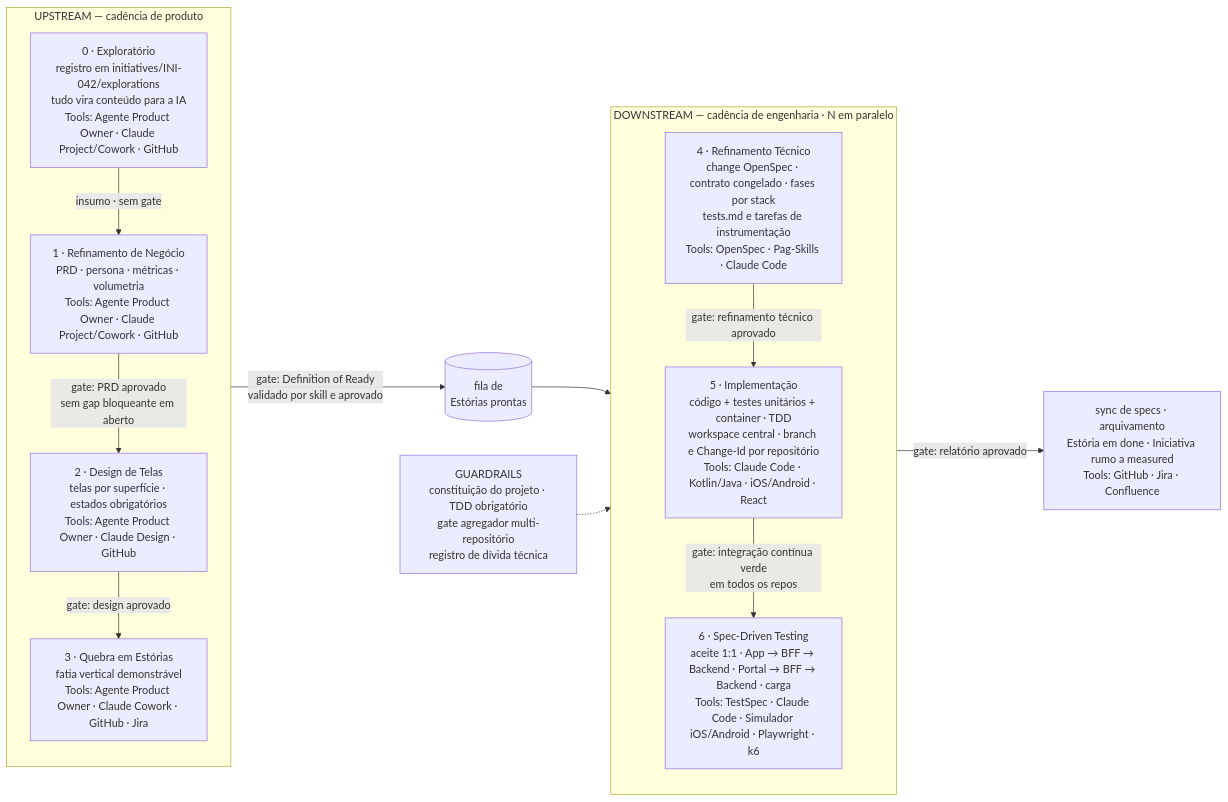
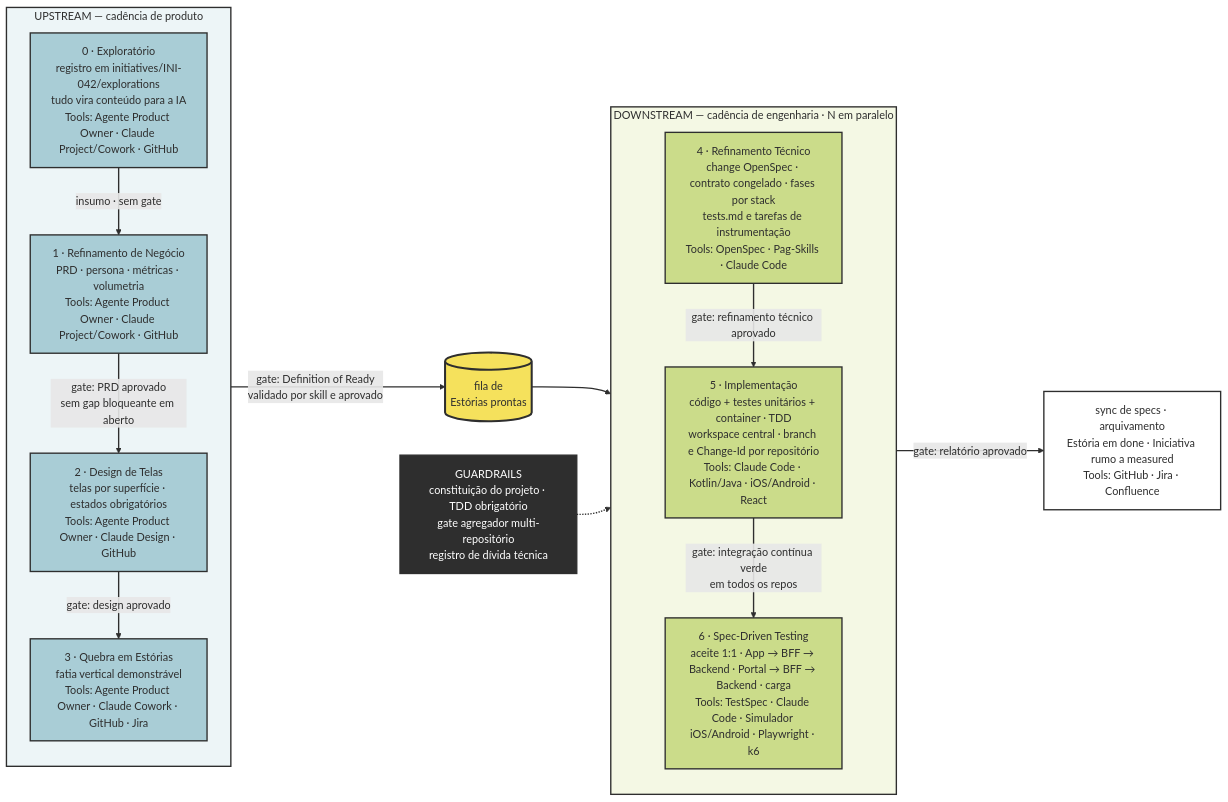
Before and after one commit to diegolirio/workflow-ai-first: the first of 5 diagrams in workflow.md, drawn with Mermaid.

````diff
--- a/workflow.md
+++ b/workflow.md
@@ -33,33 +33,49 @@
 ```mermaid
 flowchart LR
+    classDef up fill:#A9CDD6,stroke:#2E2E2E,stroke-width:2px,color:#2E2E2E
+    classDef down fill:#CBDC8A,stroke:#2E2E2E,stroke-width:2px,color:#2E2E2E
+    classDef queue fill:#F5E15C,stroke:#2E2E2E,stroke-width:3px,color:#2E2E2E
+    classDef guard fill:#2E2E2E,stroke:#2E2E2E,stroke-width:2px,color:#FFFFFF
+    classDef done fill:#FFFFFF,stroke:#2E2E2E,stroke-width:2px,color:#2E2E2E
+
     subgraph UP["UPSTREAM — cadência de produto"]
         direction TB
         EX["0 · Exploratório<br/>registro em initiatives/INI-042/explorations<br/>tudo vira conteúdo para a IA<br/>Tools: Agente Product Owner · Claude Project/Cowork · GitHub"]
         RN["1 · Refinamento de Negócio<br/>PRD · persona · métricas · volumetria<br/>Tools: Agente Product Owner · Claude Project/Cowork · GitHub"]
         TL["2 · Design de Telas<br/>telas por superfície · estados obrigatórios<br/>Tools: Agente Product Owner · Claude Design · GitHub"]
         QE["3 · Quebra em Estórias<br/>fatia vertical demonstrável<br/>Tools: Agente Product Owner · Claude Cowork · GitHub · Jira"]
         EX -->|"insumo · sem gate"| RN
         RN -->|"gate: PRD aprovado<br/>sem gap bloqueante em aberto"| TL
         TL -->|"gate: design aprovado"| QE
     end
 
     FILA[("fila de<br/>Estórias prontas")]
 
     subgraph DOWN["DOWNSTREAM — cadência de engenharia · N em paralelo"]
         direction TB
         RT["4 · Refinamento Técnico<br/>change OpenSpec · contrato congelado · fases por stack<br/>tests.md e tarefas de instrumentação<br/>Tools: OpenSpec · Pag-Skills · Claude Code"]
         IMPL["5 · Implementação<br/>código + testes unitários + container · TDD<br/>workspace central · branch e Change-Id por repositório<br/>Tools: Claude Code · Kotlin/Java · iOS/Android · React"]
         TEST["6 · Spec-Driven Testing<br/>aceite 1:1 · App → BFF → Backend · Portal → BFF → Backend · carga<br/>Tools: TestSpec · Claude Code · Simulador iOS/Android · Playwright · k6"]
         RT -->|"gate: refinamento técnico aprovado"| IMPL
         IMPL -->|"gate: integração contínua verde<br/>em todos os repos"| TEST
     end
 
     GR["GUARDRAILS<br/>constituição do projeto · TDD obrigatório<br/>gate agregador multi-repositório<br/>registro de dívida técnica"]
 
     FIM["sync de specs · arquivamento<br/>Estória em done · Iniciativa rumo a measured<br/>Tools: GitHub · Jira · Confluence"]
 
     QE -->|"gate: Definition of Ready<br/>validado por skill e aprovado"| FILA
     FILA --> RT
     TEST -->|"gate: relatório aprovado"| FIM
     GR -.-> DOWN
+
+    class EX,RN,TL,QE up
+    class RT,IMPL,TEST down
+    class FILA queue
+    class GR guard
+    class FIM done
+
+    style UP fill:#EDF5F7,stroke:#2E2E2E,stroke-width:2px,color:#2E2E2E
+    style DOWN fill:#F4F8E4,stroke:#2E2E2E,stroke-width:2px,color:#2E2E2E
+    linkStyle default stroke:#2E2E2E,stroke-width:2px,color:#2E2E2E
 ```
````
